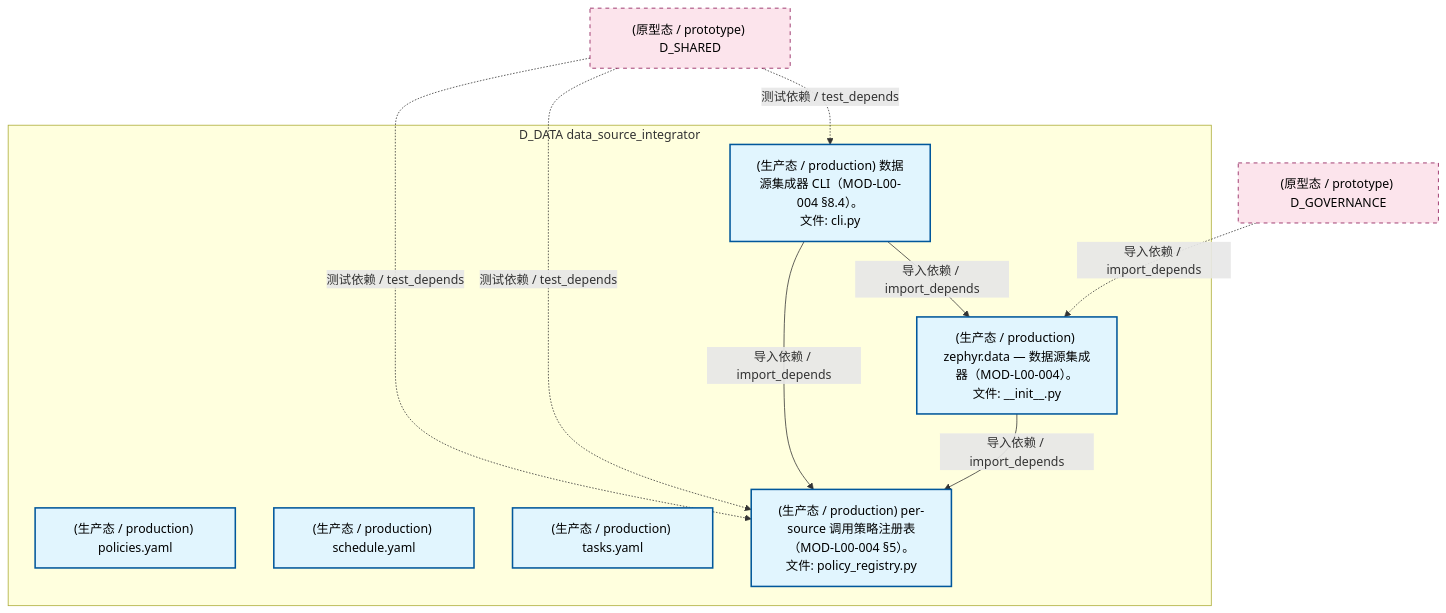
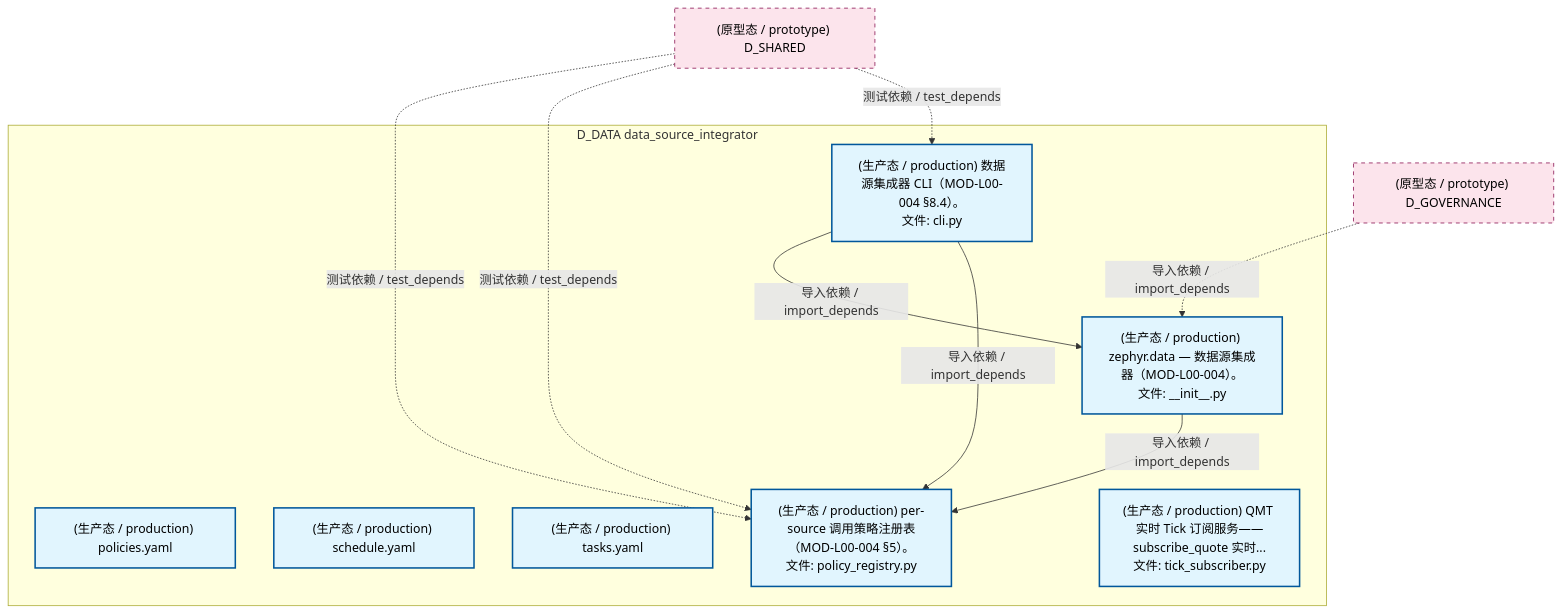
Before and after one commit to xuanFelixVan/ZephyrAlpha: the third of 5 diagrams in docs/02_enterprise_architecture/02_domain_architecture_docs/59_d_data.md, drawn with Mermaid. The commit also changed other lines of this file and 122 other files, not shown here.

````diff
--- a/docs/02_enterprise_architecture/02_domain_architecture_docs/59_d_data.md
+++ b/docs/02_enterprise_architecture/02_domain_architecture_docs/59_d_data.md
@@ -322,26 +328,27 @@
 ```mermaid
 graph TD
     subgraph D_DATA["D_DATA data_source_integrator"]
         src_zephyr_data_init_py["(生产态 / production) zephyr.data — 数据源集成器（MOD-L00-004）。<br/>文件: __init__.py"]
         src_zephyr_data_cli_py["(生产态 / production) 数据源集成器 CLI（MOD-L00-004 §8.4）。<br/>文件: cli.py"]
         src_zephyr_data_config_policies_yaml["(生产态 / production) policies.yaml"]
         src_zephyr_data_config_schedule_yaml["(生产态 / production) schedule.yaml"]
         src_zephyr_data_config_tasks_yaml["(生产态 / production) tasks.yaml"]
         src_zephyr_data_policy_registry_py["(生产态 / production) per-source 调用策略注册表（MOD-L00-004 §5）。<br/>文件: policy_registry.py"]
+        src_zephyr_data_tick_subscriber_py["(生产态 / production) QMT 实时 Tick 订阅服务——subscribe_quote 实时...<br/>文件: tick_subscriber.py"]
     end
     src_zephyr_data_cli_py -->|导入依赖 / import_depends| src_zephyr_data_policy_registry_py
     src_zephyr_data_cli_py -->|导入依赖 / import_depends| src_zephyr_data_init_py
     src_zephyr_data_init_py -->|导入依赖 / import_depends| src_zephyr_data_policy_registry_py
     D_SHARED["(原型态 / prototype) D_SHARED"]
+    D_SHARED -.->|测试依赖 / test_depends| src_zephyr_data_cli_py
     D_SHARED -.->|测试依赖 / test_depends| src_zephyr_data_policy_registry_py
     D_SHARED -.->|测试依赖 / test_depends| src_zephyr_data_policy_registry_py
-    D_SHARED -.->|测试依赖 / test_depends| src_zephyr_data_cli_py
     D_GOVERNANCE["(原型态 / prototype) D_GOVERNANCE"]
     D_GOVERNANCE -.->|导入依赖 / import_depends| src_zephyr_data_init_py
     classDef production fill:#e1f5fe,stroke:#01579b,stroke-width:2px,color:#000
     classDef design fill:#fff3e0,stroke:#e65100,stroke-width:2px,color:#000,stroke-dasharray: 5 5
     classDef external_prod fill:#e8f5e9,stroke:#1b5e20,stroke-width:1px,color:#000
     classDef external_design fill:#fce4ec,stroke:#880e4f,stroke-width:1px,color:#000,stroke-dasharray: 5 5
-    class src_zephyr_data_init_py,src_zephyr_data_cli_py,src_zephyr_data_config_policies_yaml,src_zephyr_data_config_schedule_yaml,src_zephyr_data_config_tasks_yaml,src_zephyr_data_policy_registry_py production
+    class src_zephyr_data_init_py,src_zephyr_data_cli_py,src_zephyr_data_config_policies_yaml,src_zephyr_data_config_schedule_yaml,src_zephyr_data_config_tasks_yaml,src_zephyr_data_policy_registry_py,src_zephyr_data_tick_subscriber_py production
     class D_SHARED,D_GOVERNANCE external_design
 ```
````
